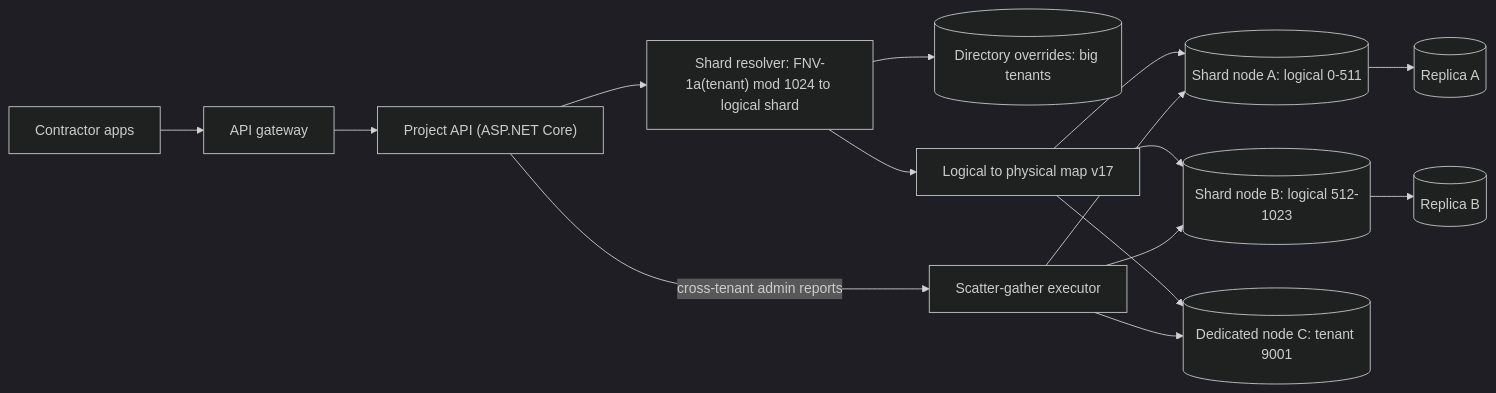
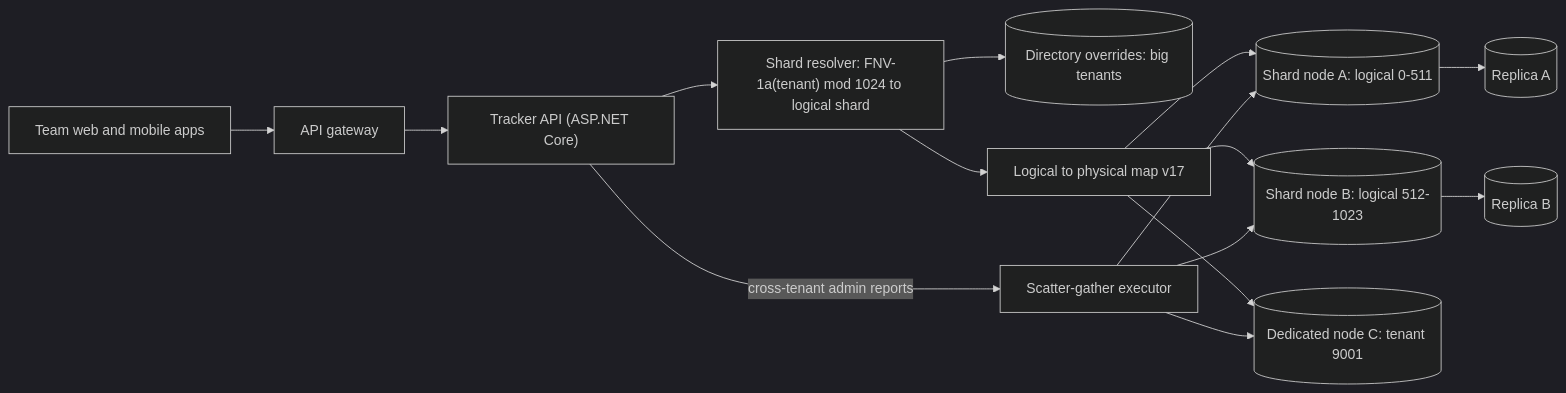
One commit to rizwi0786/system-design-lab changed the first of 3 diagrams in content/lessons/m09/m09-partitioning-sharding.md. Above: the diagram before and after it, drawn with Mermaid (dark theme). The commit also changed other lines of this file and 334 other files, not shown here.

````diff
--- a/content/lessons/m09/m09-partitioning-sharding.md
+++ b/content/lessons/m09/m09-partitioning-sharding.md
@@ -195,17 +195,17 @@
 ```mermaid
 flowchart LR
-    C["Contractor apps"] --> GW["API gateway"]
-    GW --> API["Project API (ASP.NET Core)"]
+    C["Team web and mobile apps"] --> GW["API gateway"]
+    GW --> API["Tracker API (ASP.NET Core)"]
     API --> RES["Shard resolver: FNV-1a(tenant) mod 1024 to logical shard"]
     RES --> DIR[("Directory overrides: big tenants")]
     RES --> MAP["Logical to physical map v17"]
     MAP --> S1[("Shard node A: logical 0-511")]
     MAP --> S2[("Shard node B: logical 512-1023")]
     MAP --> S3[("Dedicated node C: tenant 9001")]
     API -- "cross-tenant admin reports" --> SG["Scatter-gather executor"]
     SG --> S1
     SG --> S2
     SG --> S3
     S1 --> R1[("Replica A")]
     S2 --> R2[("Replica B")]
 ```
````
